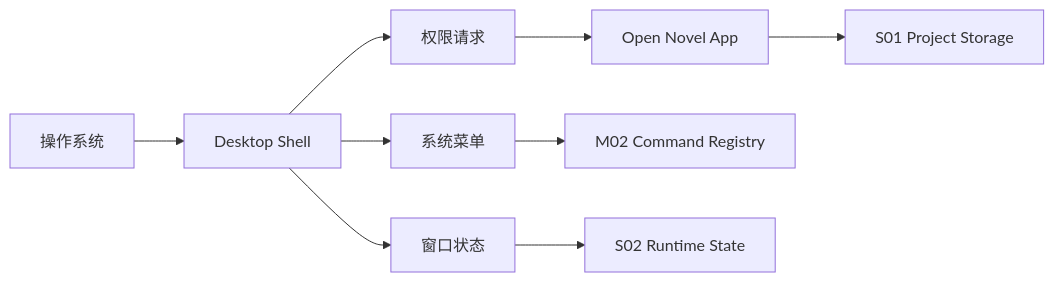
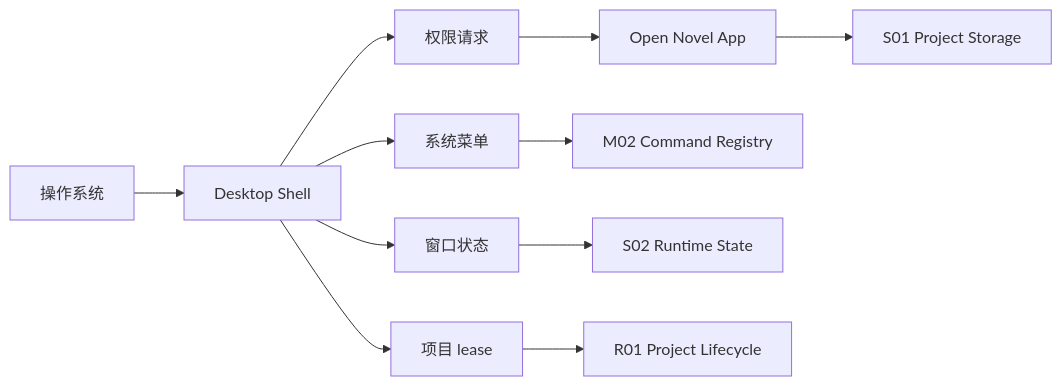
The diagram in spec/platform/I05-desktop-shell-contract.md (jinhuang712/open-novel), drawn with Mermaid before and after one commit. The commit also changed other lines of this file and 65 other files, not shown here.

````diff
--- a/spec/platform/I05-desktop-shell-contract.md
+++ b/spec/platform/I05-desktop-shell-contract.md
@@ -17,11 +20,13 @@
 ```mermaid
 flowchart LR
   OS[操作系统] --> Shell[Desktop Shell]
   Shell --> Permission[权限请求]
   Shell --> Menu[系统菜单]
   Shell --> Window[窗口状态]
+  Shell --> Lease[项目 lease]
   Permission --> App[Open Novel App]
   Menu --> Command[M02 Command Registry]
   Window --> Runtime[S02 Runtime State]
+  Lease --> Lifecycle[R01 Project Lifecycle]
   App --> Storage[S01 Project Storage]
 ```
````
